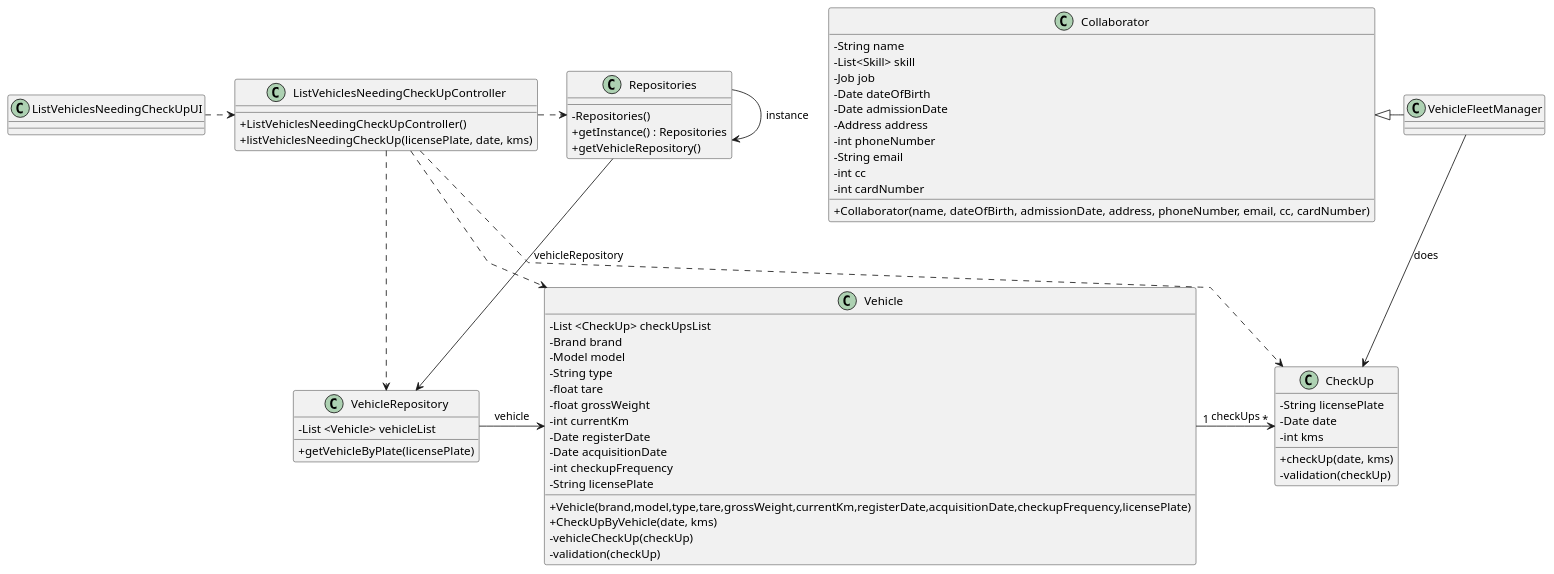
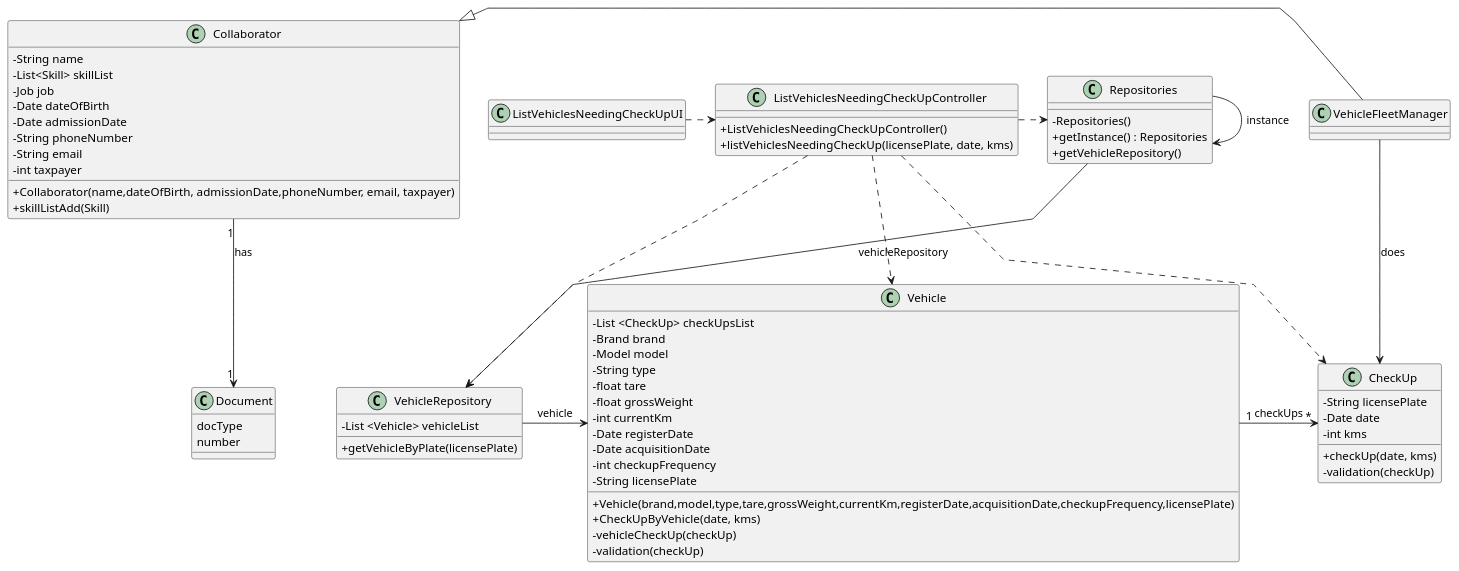
The diagram in docs/sprint2/us08/03.design/puml/us08-class-diagram.puml (Departamento-de-Engenharia-Informatica/lei-24-s2-1db-g022), drawn with PlantUML before and after one commit. The commit also changed 3 other files, not shown here.

Commit message:
US04 and US08 class diagram and sequence diagram correction

```diff
--- a/docs/sprint2/us08/03.design/puml/us08-class-diagram.puml
+++ b/docs/sprint2/us08/03.design/puml/us08-class-diagram.puml
@@ -1,97 +1,100 @@
 @startuml
 'skinparam monochrome true
 skinparam packageStyle rectangle
 skinparam shadowing false
 skinparam linetype polyline
 'skinparam linetype orto
 
 skinparam classAttributeIconSize 0
 
 'left to right direction
 
-
+class Document{
+    docType
+    number
+}
 class Collaborator {
     -String name
-    -List<Skill> skill
+    -List<Skill> skillList
     -Job job
     -Date dateOfBirth
     -Date admissionDate
-    -Address address
-    -int phoneNumber
+    -String phoneNumber
     -String email
-    -int cc
-    -int cardNumber
+    -int taxpayer
 
-    + Collaborator(name, dateOfBirth, admissionDate, address, phoneNumber, email, cc, cardNumber)
+    + Collaborator(name,dateOfBirth, admissionDate,phoneNumber, email, taxpayer)
+    +skillListAdd(Skill)
 }
 
 class VehicleFleetManager {
 }
 
 class Vehicle {
     -List <CheckUp> checkUpsList
     -Brand brand
     -Model model
     -String type
     -float tare
     -float grossWeight
     -int currentKm
     -Date registerDate
     -Date acquisitionDate
     -int checkupFrequency
     -String licensePlate
 
     + Vehicle(brand,model,type,tare,grossWeight,currentKm,registerDate,acquisitionDate,checkupFrequency,licensePlate)
     + CheckUpByVehicle(date, kms)
     - vehicleCheckUp(checkUp)
     - validation(checkUp)
 }
 
 class CheckUp {
     -String licensePlate
     -Date date
     -int kms
 
     + checkUp(date, kms)
     - validation(checkUp)
 }
 
 class VehicleRepository {
     - List <Vehicle> vehicleList
     + getVehicleByPlate(licensePlate)
 }
 
 class Repositories {
     - Repositories()
     + getInstance() : Repositories
     + getVehicleRepository()
 }
 
 class ListVehiclesNeedingCheckUpController {
     + ListVehiclesNeedingCheckUpController()
     + listVehiclesNeedingCheckUp(licensePlate, date, kms)
 }
 
 class ListVehiclesNeedingCheckUpUI {
 }
 
 Collaborator <|- VehicleFleetManager
+Collaborator "1" --> "1" Document : has
 
 ListVehiclesNeedingCheckUpUI .> ListVehiclesNeedingCheckUpController
 
 ListVehiclesNeedingCheckUpController .> Repositories
 ListVehiclesNeedingCheckUpController ..> VehicleRepository
 ListVehiclesNeedingCheckUpController ..> Vehicle
 ListVehiclesNeedingCheckUpController ..> CheckUp
 
 
 Repositories -> Repositories : instance
 Repositories --> VehicleRepository : vehicleRepository
 
 VehicleRepository -> Vehicle : vehicle
 
 Vehicle "1" -> "*" CheckUp : checkUps
 
 VehicleFleetManager --> CheckUp : does
 
 @enduml
```
